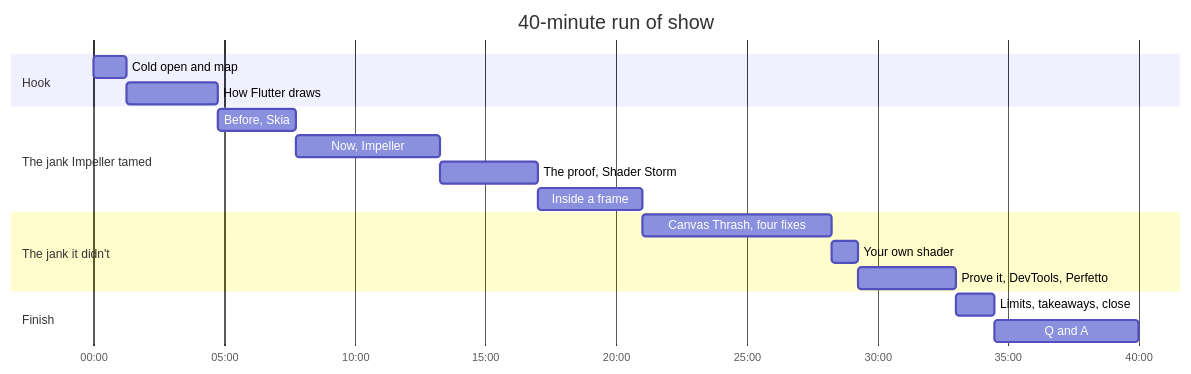
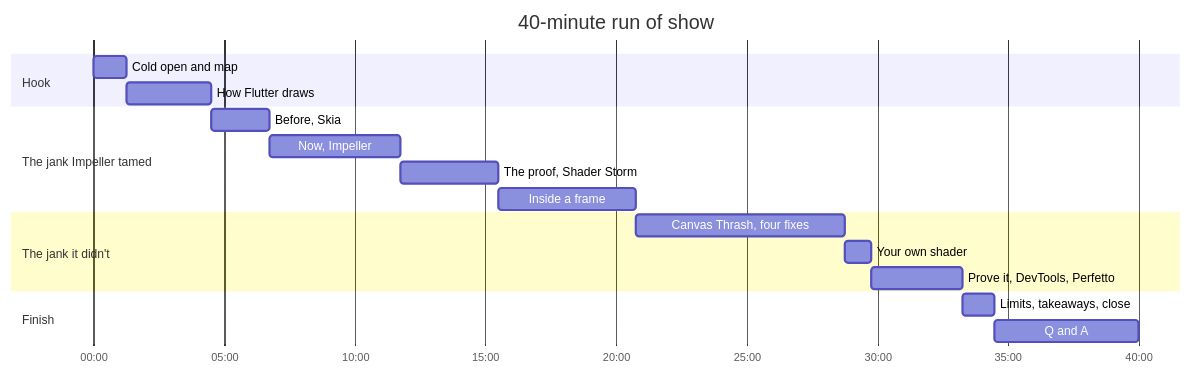
The second of 2 diagrams in docs/talk/talk-outline.md (cm-collins/fluttercon-demo-app), drawn with Mermaid before and after one commit. The commit also changed other lines of this file and 11 other files, not shown here.

````diff
--- a/docs/talk/talk-outline.md
+++ b/docs/talk/talk-outline.md
@@ -51,21 +51,21 @@
 ```mermaid
 gantt
     title 40-minute run of show
     dateFormat mm:ss
     axisFormat %M:%S
     section Hook
     Cold open and map             :h1, 00:00, 75s
-    How Flutter draws             :h2, after h1, 210s
+    How Flutter draws             :h2, after h1, 195s
     section The jank Impeller tamed
-    Before, Skia                  :a1, after h2, 180s
-    Now, Impeller                 :a2, after a1, 330s
+    Before, Skia                  :a1, after h2, 135s
+    Now, Impeller                 :a2, after a1, 300s
     The proof, Shader Storm       :a3, after a2, 225s
-    Inside a frame                :a4, after a3, 240s
+    Inside a frame                :a4, after a3, 315s
     section The jank it didn't
-    Canvas Thrash, four fixes     :b1, after a4, 435s
+    Canvas Thrash, four fixes     :b1, after a4, 480s
     Your own shader               :b2, after b1, 60s
-    Prove it, DevTools, Perfetto  :b3, after b2, 225s
+    Prove it, DevTools, Perfetto  :b3, after b2, 210s
     section Finish
-    Limits, takeaways, close      :f1, after b3, 90s
+    Limits, takeaways, close      :f1, after b3, 75s
     Q and A                       :f2, after f1, 330s
 ```
````
